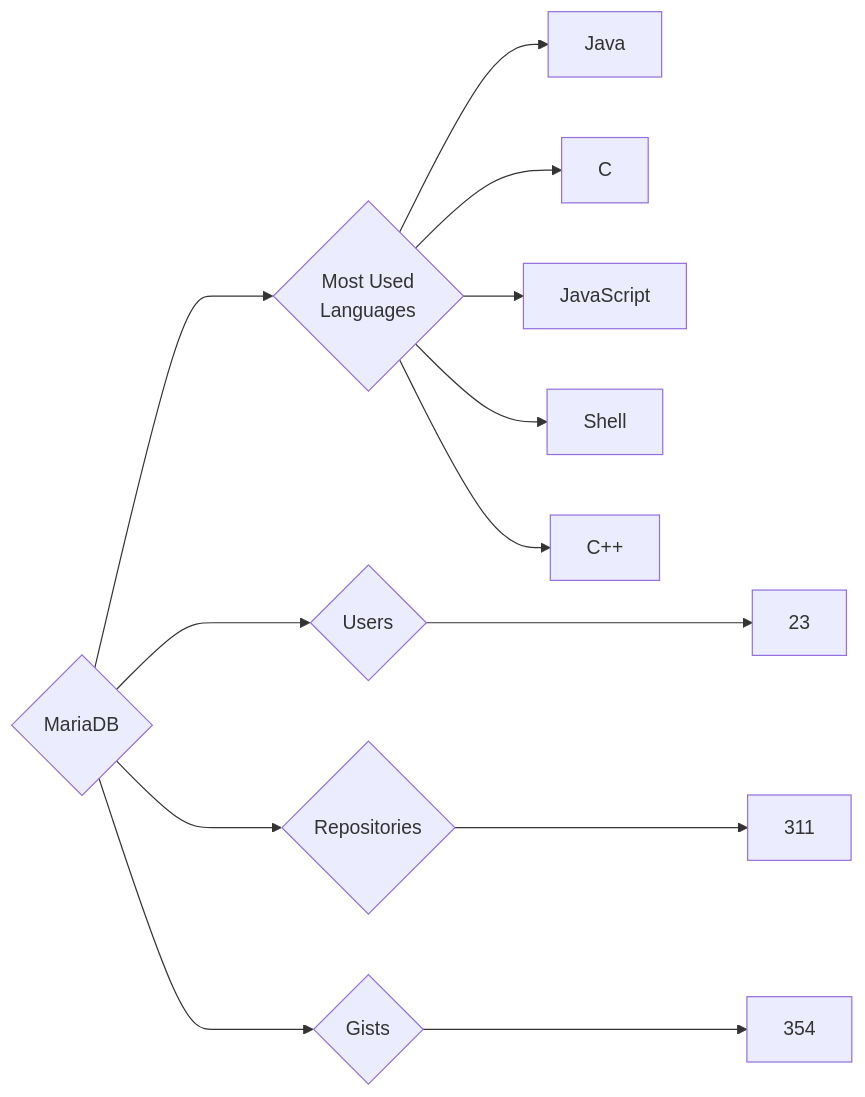
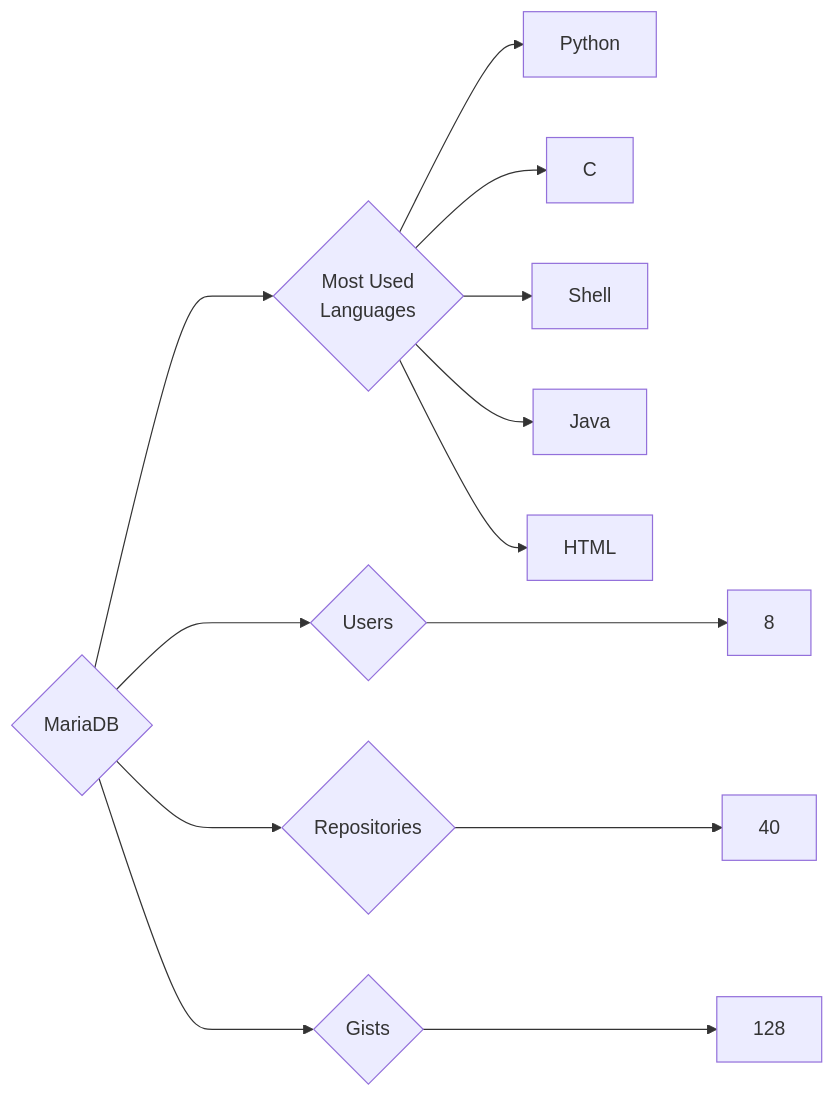
Before and after one commit to trickest/insiders: the diagram in targets/MariaDB/README.md, drawn with Mermaid. The commit also changed 924 other files, not shown here.

````diff
--- a/targets/MariaDB/README.md
+++ b/targets/MariaDB/README.md
@@ -3,13 +3,13 @@
 ```mermaid
 graph LR
 COMPANY_NAME{MariaDB}
-COMPANY_NAME ---> U{Users} ---> UN[23]
-COMPANY_NAME ---> R{Repositories} ---> RN[311]
-COMPANY_NAME ---> G{Gists} ---> GN[354]
+COMPANY_NAME ---> U{Users} ---> UN[8]
+COMPANY_NAME ---> R{Repositories} ---> RN[40]
+COMPANY_NAME ---> G{Gists} ---> GN[128]
 COMPANY_NAME ---> ML{Most Used<br>Languages}
+ML --> Python[Python]
+ML --> C[C]
+ML --> Shell[Shell]
 ML --> Java[Java]
-ML --> C[C]
-ML --> JavaScript[JavaScript]
-ML --> Shell[Shell]
-ML --> C++[C++]
+ML --> HTML[HTML]
 ```
````
